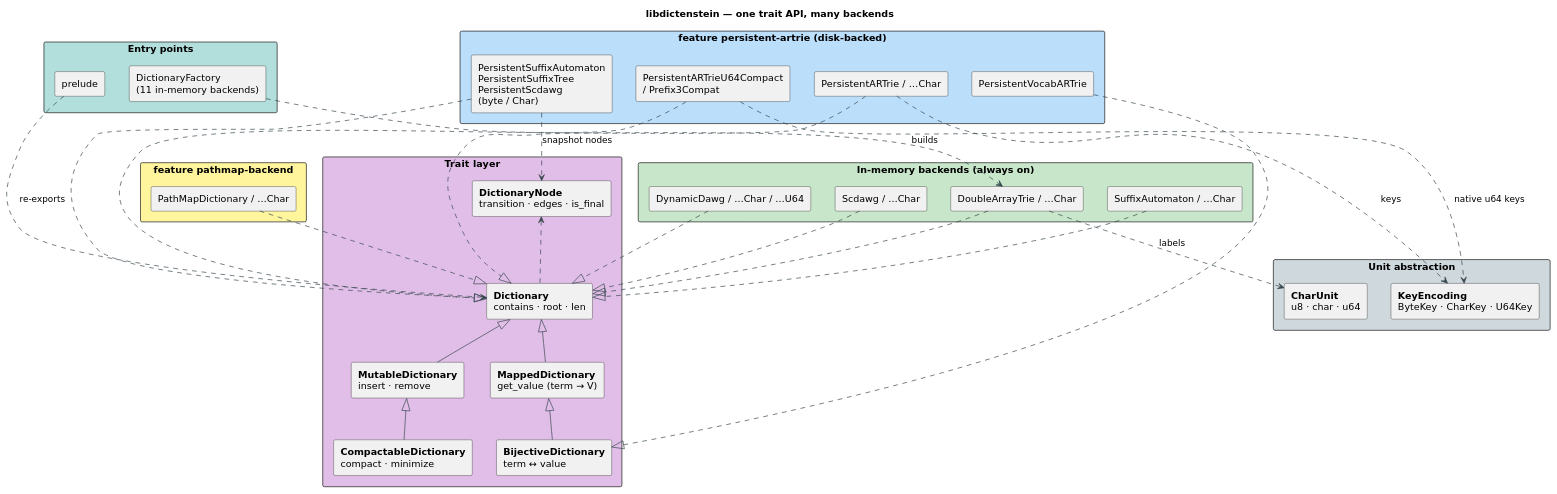
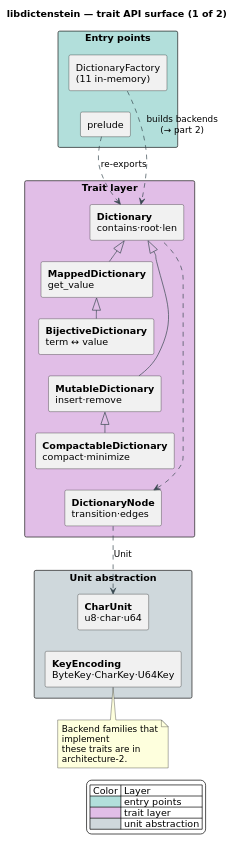
Before and after one commit to vinary-tree/libdictenstein: the diagram in docs/diagrams/src/architecture.puml, drawn with PlantUML. The commit also changed 279 other files, not shown here.

```diff
--- a/docs/diagrams/src/architecture.puml
+++ b/docs/diagrams/src/architecture.puml
@@ -1,70 +1,62 @@
 @startuml architecture
 ' ============================================================================
-' Trait layer over backend families.  Color key:
-'   purple = traits   grey = unit abstraction   green = in-memory
-'   amber = pathmap-backend   blue = persistent-artrie   teal = entry points
+' libdictenstein architecture (part 1 of 2) — the TRAIT API surface: trait
+' layer + unit abstraction + entry points.  The backend families that implement
+' these traits are in architecture-2.puml (kept separate so each fits the prose
+' column).  Color key:
+'   teal = entry points   purple = traits   grey = unit abstraction
 ' ============================================================================
 skinparam backgroundColor #FFFFFF
 skinparam defaultFontName "DejaVu Sans"
+skinparam wrapWidth 150
+skinparam nodesep 12
+skinparam ranksep 30
 skinparam ArrowColor #37474F
 skinparam packageStyle rectangle
-title libdictenstein — one trait API, many backends
+title libdictenstein — trait API surface (1 of 2)
+
+package "Entry points" #B2DFDB {
+  rectangle "DictionaryFactory\n(11 in-memory)" as Fac
+  rectangle "prelude" as Pre
+  Fac -[hidden]-> Pre
+}
 
 package "Trait layer" #E1BEE7 {
-  rectangle "**Dictionary**\ncontains · root · len" as Dict
-  rectangle "**MappedDictionary**\nget_value (term → V)" as Mapped
+  rectangle "**Dictionary**\ncontains·root·len" as Dict
+  rectangle "**MappedDictionary**\nget_value" as Mapped
   rectangle "**BijectiveDictionary**\nterm ↔ value" as Bij
-  rectangle "**MutableDictionary**\ninsert · remove" as Mut
-  rectangle "**CompactableDictionary**\ncompact · minimize" as Compact
-  rectangle "**DictionaryNode**\ntransition · edges · is_final" as Node
+  rectangle "**MutableDictionary**\ninsert·remove" as Mut
+  rectangle "**CompactableDictionary**\ncompact·minimize" as Compact
+  rectangle "**DictionaryNode**\ntransition·edges" as Node
   Dict <|-- Mapped
   Mapped <|-- Bij
   Dict <|-- Mut
   Mut <|-- Compact
+  Node <.. Dict
+  ' hidden edges: fold the two child branches into one vertical chain
+  Bij -[hidden]-> Mut
+  Compact -[hidden]-> Node
 }
 
 package "Unit abstraction" #CFD8DC {
-  rectangle "**CharUnit**\nu8 · char · u64" as CU
-  rectangle "**KeyEncoding**\nByteKey · CharKey · U64Key" as KE
+  rectangle "**CharUnit**\nu8·char·u64" as CU
+  rectangle "**KeyEncoding**\nByteKey·CharKey·U64Key" as KE
+  CU -[hidden]-> KE
 }
 
-package "In-memory backends (always on)" #C8E6C9 {
-  rectangle "DoubleArrayTrie / …Char" as DAT
-  rectangle "DynamicDawg / …Char / …U64" as DD
-  rectangle "SuffixAutomaton / …Char" as SA
-  rectangle "Scdawg / …Char" as SC
-}
+Node ..> CU : Unit
+Pre ..> Dict : re-exports
+Fac ..> Dict : builds backends\n(→ part 2)
 
-package "feature pathmap-backend" #FFF59D {
-  rectangle "PathMapDictionary / …Char" as PM
-}
+note bottom of KE
+  Backend families that implement
+  these traits are in architecture-2.
+end note
 
-package "feature persistent-artrie (disk-backed)" #BBDEFB {
-  rectangle "PersistentARTrie / …Char" as PA
-  rectangle "PersistentARTrieU64Compact\n/ Prefix3Compat" as PU64
-  rectangle "PersistentVocabARTrie" as PV
-  rectangle "PersistentSuffixAutomaton\nPersistentSuffixTree\nPersistentScdawg\n(byte / Char)" as PSG
-}
-
-package "Entry points" #B2DFDB {
-  rectangle "DictionaryFactory\n(11 in-memory backends)" as Fac
-  rectangle "prelude" as Pre
-}
-
-DAT ..|> Dict
-DD  ..|> Dict
-SA  ..|> Dict
-SC  ..|> Dict
-PM  ..|> Dict
-PA  ..|> Dict
-PU64 ..|> Dict
-PV  ..|> Bij
-PSG ..|> Dict
-PSG ..> Node : snapshot nodes
-Node <.. Dict
-DAT ..> CU  : labels
-PA  ..> KE  : keys
-PU64 ..> KE : native u64 keys
-Fac ..> DAT : builds
-Pre ..> Dict : re-exports
+legend right
+| Color | Layer |
+|<#B2DFDB>| entry points |
+|<#E1BEE7>| trait layer |
+|<#CFD8DC>| unit abstraction |
+endlegend
 @enduml
```
